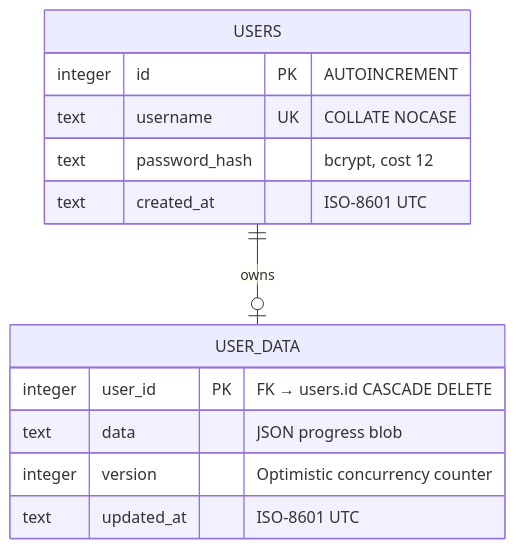
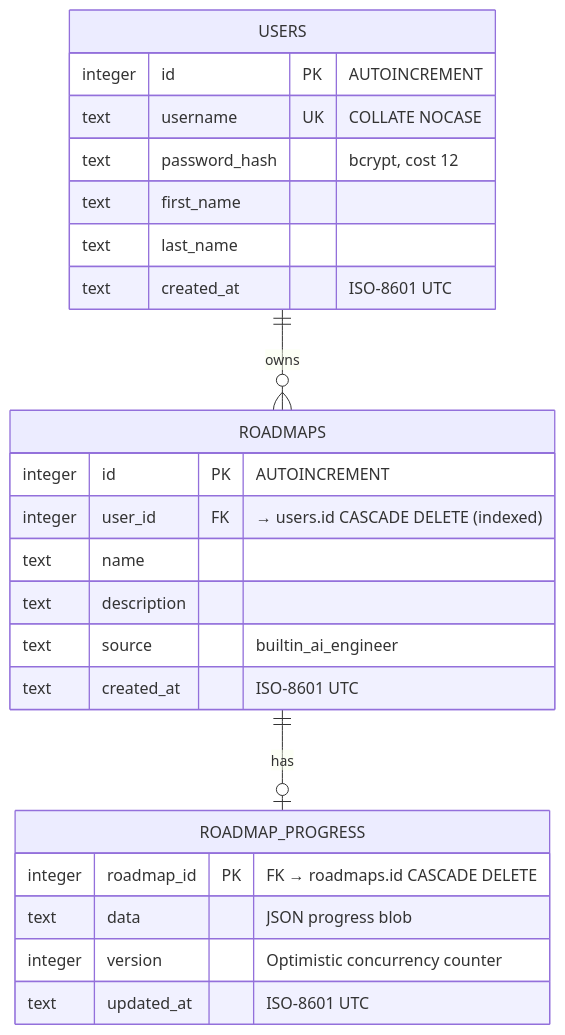
The fourth of 7 diagrams in README.md (imkushwaha/roadmap-tracker-app), drawn with Mermaid before and after one commit. The commit also changed other lines of this file and 24 other files, not shown here.

Commit message:
Add multi-roadmap dashboard (Phase 1): per-user roadmaps with delete/restore

````diff
--- a/README.md
+++ b/README.md
@@ -304,17 +324,28 @@
 ```mermaid
 erDiagram
     USERS {
         integer id           PK  "AUTOINCREMENT"
         text    username     UK  "COLLATE NOCASE"
         text    password_hash    "bcrypt, cost 12"
+        text    first_name
+        text    last_name
         text    created_at       "ISO-8601 UTC"
     }
-    USER_DATA {
-        integer user_id      PK  "FK → users.id CASCADE DELETE"
+    ROADMAPS {
+        integer id           PK  "AUTOINCREMENT"
+        integer user_id      FK  "→ users.id CASCADE DELETE (indexed)"
+        text    name
+        text    description
+        text    source           "builtin_ai_engineer"
+        text    created_at       "ISO-8601 UTC"
+    }
+    ROADMAP_PROGRESS {
+        integer roadmap_id   PK  "FK → roadmaps.id CASCADE DELETE"
         text    data             "JSON progress blob"
         integer version          "Optimistic concurrency counter"
         text    updated_at       "ISO-8601 UTC"
     }
 
-    USERS ||--o| USER_DATA : "owns"
+    USERS ||--o{ ROADMAPS : "owns"
+    ROADMAPS ||--o| ROADMAP_PROGRESS : "has"
 ```
````
